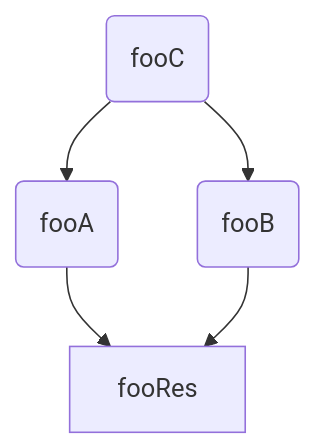
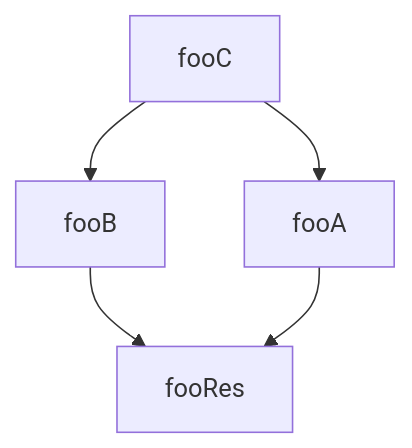
The second of 3 diagrams in mdbook_docs/src/graph_procedures/graph_procedure_composition/graph_procedure_composition.tmpl.md (JasonSteving99/claro-lang), drawn with Mermaid before and after one commit.

Commit message:
Continue Updating Claro Docs to Use Auto-Validated Examples

```diff
--- a/mdbook_docs/src/graph_procedures/graph_procedure_composition/graph_procedure_composition.tmpl.md
+++ b/mdbook_docs/src/graph_procedures/graph_procedure_composition/graph_procedure_composition.tmpl.md
@@ -21,7 +21,7 @@
 <pre class="mermaid">
     graph TD
-    fooC(fooC) --> fooA
-    fooC(fooC) --> fooB
-    fooA(fooA) --> fooRes
-    fooB(fooB) --> fooRes
+    fooC --> fooA
+    fooC --> fooB
+    fooB --> fooRes
+    fooA --> fooRes
 </pre>
```
